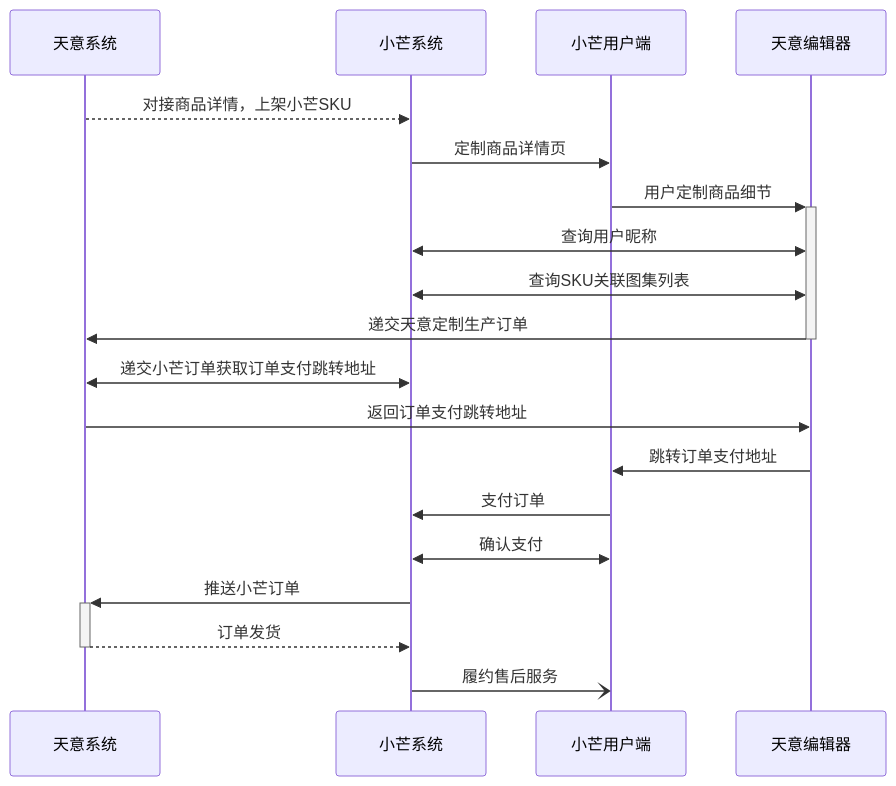
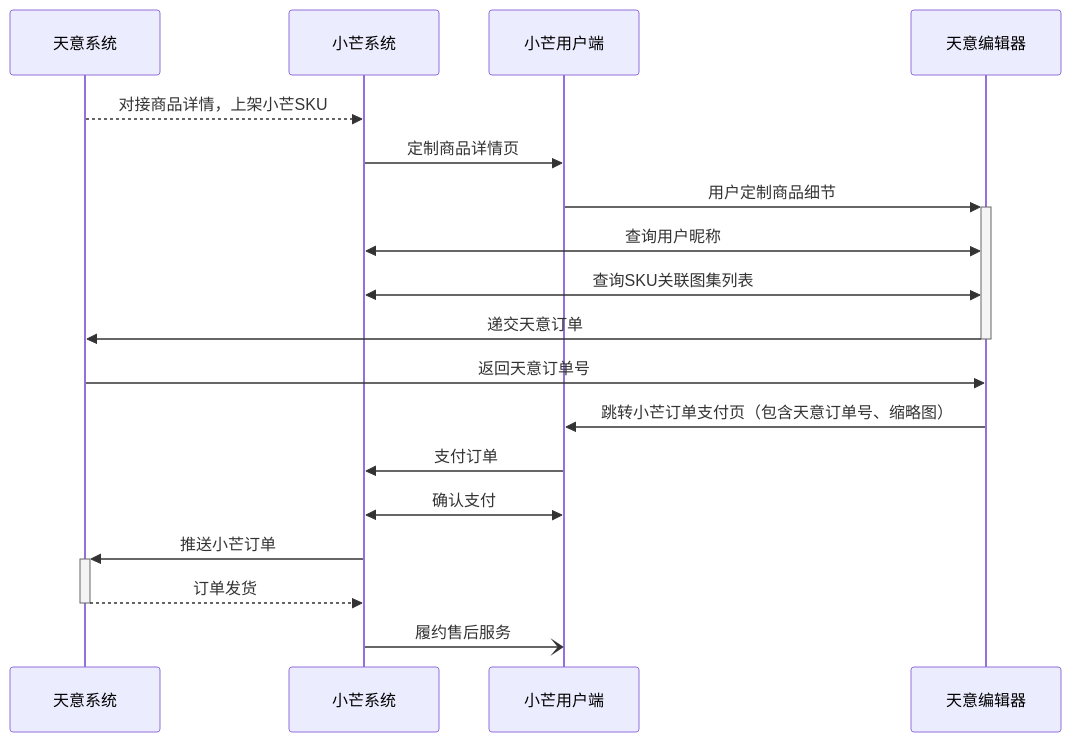
One commit to CheneyLin/cheneylin.github.io changed the diagram in prd/创新商品工具/创新商品工具20260618天意定制周边解决方案/innovative_product_tool_tianyi_prd/v1.1/prd_md/prd_v1.1.md. Above: the diagram before and after it, drawn with Mermaid. The commit also changed other lines of this file and 1 other file, not shown here.

````diff
--- a/prd/创新商品工具/创新商品工具20260618天意定制周边解决方案/innovative_product_tool_tianyi_prd/v1.1/prd_md/prd_v1.1.md
+++ b/prd/创新商品工具/创新商品工具20260618天意定制周边解决方案/innovative_product_tool_tianyi_prd/v1.1/prd_md/prd_v1.1.md
@@ -131,21 +131,20 @@
 ```mermaid
 sequenceDiagram
   participant 天意系统
   participant 小芒系统
   participant 小芒用户端
   participant 天意编辑器
   天意系统-->>小芒系统: 对接商品详情，上架小芒SKU 
   小芒系统->>小芒用户端: 定制商品详情页
   小芒用户端->>+天意编辑器: 用户定制商品细节
   天意编辑器<<->>小芒系统: 查询用户昵称
   天意编辑器<<->>小芒系统: 查询SKU关联图集列表
-  天意编辑器->>-天意系统: 递交天意定制生产订单
-  天意系统<<->>小芒系统: 递交小芒订单获取订单支付跳转地址
-  天意系统->>天意编辑器: 返回订单支付跳转地址
-  天意编辑器->>小芒用户端: 跳转订单支付地址
+  天意编辑器->>-天意系统: 递交天意订单
+  天意系统->>天意编辑器: 返回天意订单号
+  天意编辑器->>小芒用户端: 跳转小芒订单支付页（包含天意订单号、缩略图）
   小芒用户端->>小芒系统: 支付订单
   小芒系统<<->>小芒用户端: 确认支付
   小芒系统->>+天意系统: 推送小芒订单
   天意系统-->>-小芒系统: 订单发货
   小芒系统-)小芒用户端: 履约售后服务  
 ```
````
